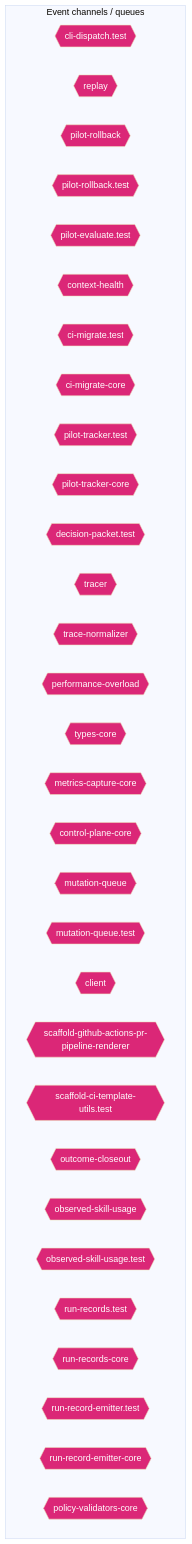
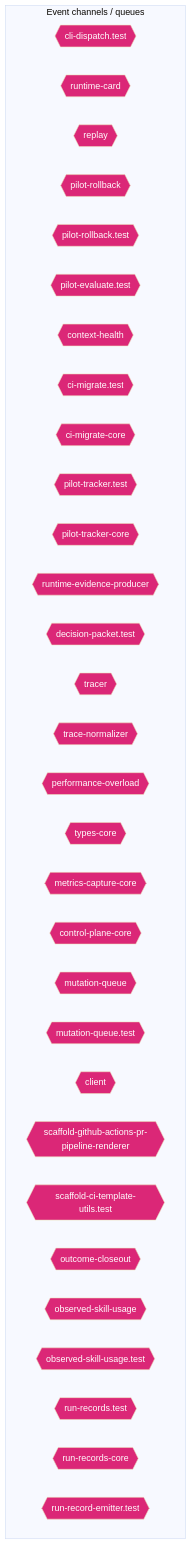
One commit to jscraik/coding-harness changed the ninth of 14 diagrams in AI/context/diagram-context.md. Above: the diagram before and after it, drawn with Mermaid (base theme). The commit also changed other lines of this file and 13 other files, not shown here.

First line of the commit message:
feat(runtime): adapt evidence bundles into runtime-card (#256)

````diff
--- a/AI/context/diagram-context.md
+++ b/AI/context/diagram-context.md
@@ -1598,38 +1598,38 @@
 ```mermaid
 flowchart TD
   subgraph Channels["Event channels / queues"]
     cli_dispatch_test_54c9f17b{{"cli-dispatch.test"}}
+    runtime_card_e06b53e1{{"runtime-card"}}
     replay_ac203c98{{"replay"}}
     pilot_rollback_00c1f82c{{"pilot-rollback"}}
     pilot_rollback_test_e61d5a2b{{"pilot-rollback.test"}}
     pilot_evaluate_test_a2ac06fc{{"pilot-evaluate.test"}}
     context_health_80bb7da9{{"context-health"}}
     ci_migrate_test_2a015bb9{{"ci-migrate.test"}}
     ci_migrate_core_7005b5af{{"ci-migrate-core"}}
     pilot_tracker_test_80398a66{{"pilot-tracker.test"}}
     pilot_tracker_core_80d8ac96{{"pilot-tracker-core"}}
+    runtime_evidence_producer_ea388cb5{{"runtime-evidence-producer"}}
     decision_packet_test_9ea0e97b{{"decision-packet.test"}}
     tracer_1e6243a2{{"tracer"}}
     trace_normalizer_cb1be1d2{{"trace-normalizer"}}
     performance_overload_c685bfcf{{"performance-overload"}}
     types_core_e405ddca{{"types-core"}}
     metrics_capture_core_db4bf7cf{{"metrics-capture-core"}}
     control_plane_core_db3b4cb2{{"control-plane-core"}}
     mutation_queue_ce5a530e{{"mutation-queue"}}
     mutation_queue_test_10b599e8{{"mutation-queue.test"}}
     client_1_914e1681{{"client"}}
     scaffold_github_actions_pr_pipeline_renderer_1ee18de5{{"scaffold-github-actions-pr-pipeline-renderer"}}
     scaffold_ci_template_utils_test_b94825d9{{"scaffold-ci-template-utils.test"}}
     outcome_closeout_ba497ec2{{"outcome-closeout"}}
     observed_skill_usage_ed7d5930{{"observed-skill-usage"}}
     observed_skill_usage_test_311c215a{{"observed-skill-usage.test"}}
     run_records_test_3ee6a0e3{{"run-records.test"}}
     run_records_core_89286dfa{{"run-records-core"}}
     run_record_emitter_test_5475c0da{{"run-record-emitter.test"}}
-    run_record_emitter_core_688049d5{{"run-record-emitter-core"}}
-    policy_validators_core_714a3fe7{{"policy-validators-core"}}
   end
   classDef eventNode fill:#db2777,color:#fff
-  class cli_dispatch_test_54c9f17b,replay_ac203c98,pilot_rollback_00c1f82c,pilot_rollback_test_e61d5a2b,pilot_evaluate_test_a2ac06fc,context_health_80bb7da9,ci_migrate_test_2a015bb9,ci_migrate_core_7005b5af,pilot_tracker_test_80398a66,pilot_tracker_core_80d8ac96,decision_packet_test_9ea0e97b,tracer_1e6243a2,trace_normalizer_cb1be1d2,performance_overload_c685bfcf,types_core_e405ddca,metrics_capture_core_db4bf7cf,control_plane_core_db3b4cb2,mutation_queue_ce5a530e,mutation_queue_test_10b599e8,client_1_914e1681,scaffold_github_actions_pr_pipeline_renderer_1ee18de5,scaffold_ci_template_utils_test_b94825d9,outcome_closeout_ba497ec2,observed_skill_usage_ed7d5930,observed_skill_usage_test_311c215a,run_records_test_3ee6a0e3,run_records_core_89286dfa,run_record_emitter_test_5475c0da,run_record_emitter_core_688049d5,policy_validators_core_714a3fe7 eventNode
+  class cli_dispatch_test_54c9f17b,runtime_card_e06b53e1,replay_ac203c98,pilot_rollback_00c1f82c,pilot_rollback_test_e61d5a2b,pilot_evaluate_test_a2ac06fc,context_health_80bb7da9,ci_migrate_test_2a015bb9,ci_migrate_core_7005b5af,pilot_tracker_test_80398a66,pilot_tracker_core_80d8ac96,runtime_evidence_producer_ea388cb5,decision_packet_test_9ea0e97b,tracer_1e6243a2,trace_normalizer_cb1be1d2,performance_overload_c685bfcf,types_core_e405ddca,metrics_capture_core_db4bf7cf,control_plane_core_db3b4cb2,mutation_queue_ce5a530e,mutation_queue_test_10b599e8,client_1_914e1681,scaffold_github_actions_pr_pipeline_renderer_1ee18de5,scaffold_ci_template_utils_test_b94825d9,outcome_closeout_ba497ec2,observed_skill_usage_ed7d5930,observed_skill_usage_test_311c215a,run_records_test_3ee6a0e3,run_records_core_89286dfa,run_record_emitter_test_5475c0da eventNode
 
 ```
````
